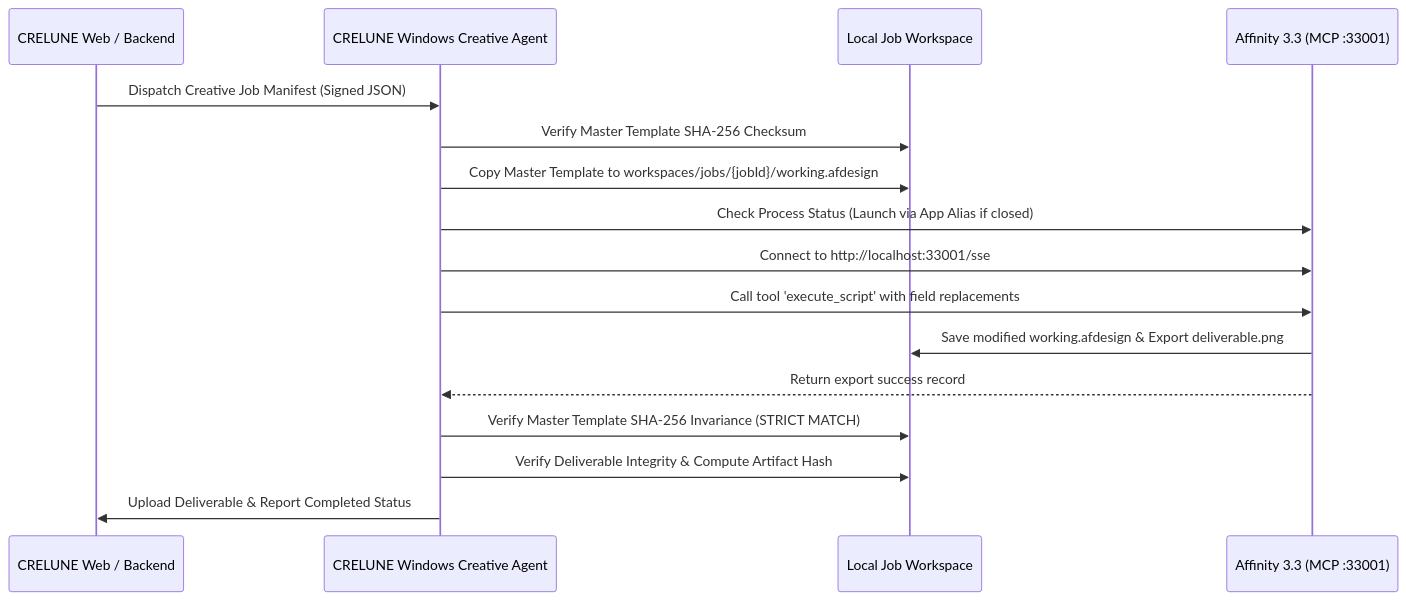
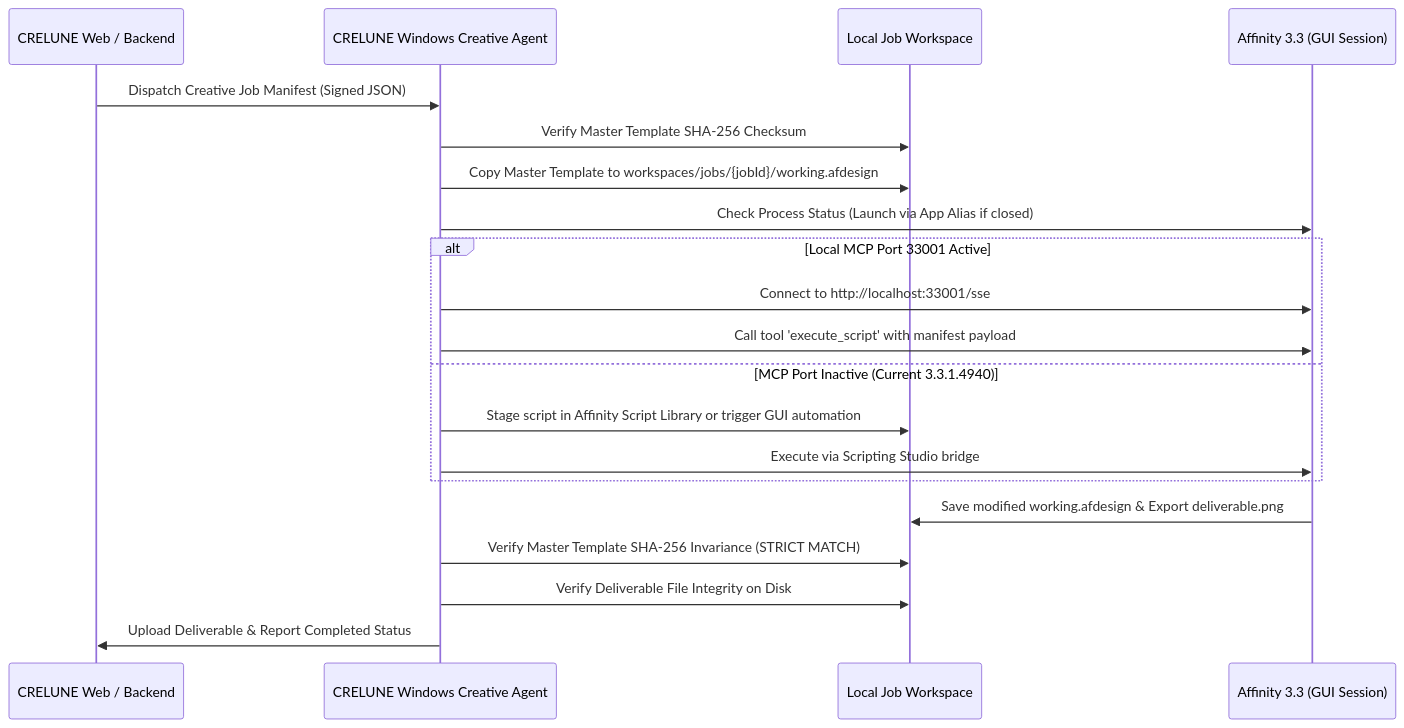
Before and after one commit to FOLISOLOMON/crelune: the second of 2 diagrams in docs/milestones/MILESTONE_1_AFFINITY_VALIDATION.md, drawn with Mermaid. The commit also changed other lines of this file and 4 other files, not shown here.

````diff
--- a/docs/milestones/MILESTONE_1_AFFINITY_VALIDATION.md
+++ b/docs/milestones/MILESTONE_1_AFFINITY_VALIDATION.md
@@ -177,19 +192,23 @@
 ```mermaid
 sequenceDiagram
     participant Web as CRELUNE Web / Backend
     participant Agent as CRELUNE Windows Creative Agent
     participant FS as Local Job Workspace
-    participant Affinity as Affinity 3.3 (MCP :33001)
+    participant Affinity as Affinity 3.3 (GUI Session)
 
     Web->>Agent: Dispatch Creative Job Manifest (Signed JSON)
     Agent->>FS: Verify Master Template SHA-256 Checksum
     Agent->>FS: Copy Master Template to workspaces/jobs/{jobId}/working.afdesign
     Agent->>Affinity: Check Process Status (Launch via App Alias if closed)
-    Agent->>Affinity: Connect to http://localhost:33001/sse
-    Agent->>Affinity: Call tool 'execute_script' with field replacements
+    alt Local MCP Port 33001 Active
+        Agent->>Affinity: Connect to http://localhost:33001/sse
+        Agent->>Affinity: Call tool 'execute_script' with manifest payload
+    else MCP Port Inactive (Current 3.3.1.4940)
+        Agent->>FS: Stage script in Affinity Script Library or trigger GUI automation
+        Agent->>Affinity: Execute via Scripting Studio bridge
+    end
     Affinity->>FS: Save modified working.afdesign & Export deliverable.png
-    Affinity-->>Agent: Return export success record
     Agent->>FS: Verify Master Template SHA-256 Invariance (STRICT MATCH)
-    Agent->>FS: Verify Deliverable Integrity & Compute Artifact Hash
+    Agent->>FS: Verify Deliverable File Integrity on Disk
     Agent->>Web: Upload Deliverable & Report Completed Status
 ```
````
